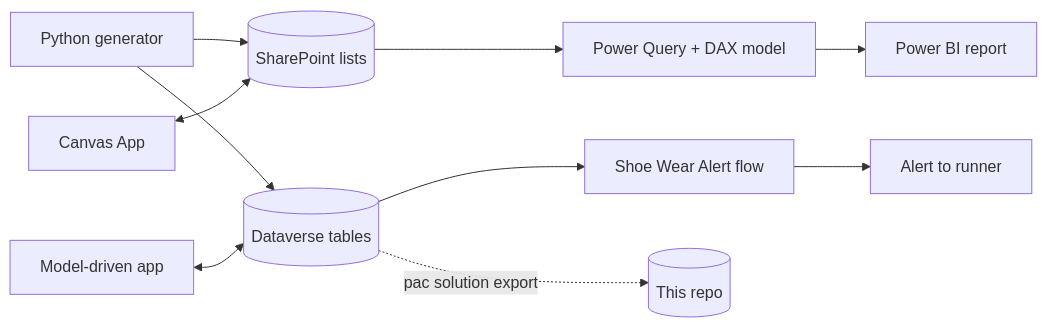
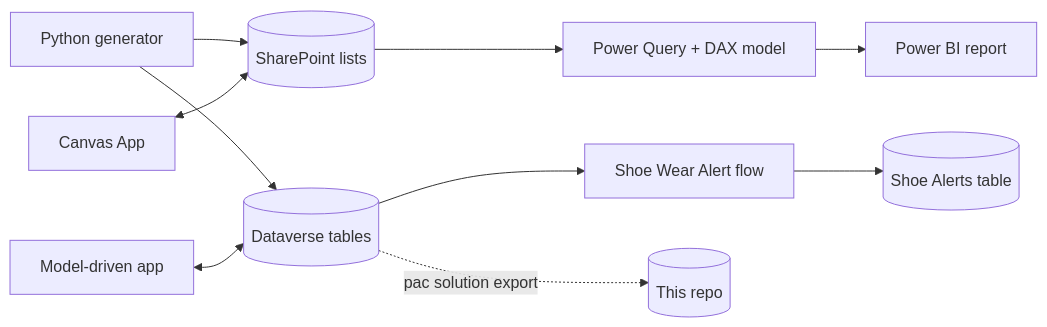
Before and after one commit to Mishmoready/Project_2026: the diagram in marathon-tracker/README.md, drawn with Mermaid. The commit also changed other lines of this file and 24 other files, not shown here.

````diff
--- a/marathon-tracker/README.md
+++ b/marathon-tracker/README.md
@@ -19,10 +19,10 @@
 ```mermaid
 flowchart LR
     CSV[Python generator] --> SP[(SharePoint lists)]
     CSV --> DV[(Dataverse tables)]
     CA[Canvas App] <--> SP
     MDA[Model-driven app] <--> DV
-    DV --> FLOW[Shoe Wear Alert flow] --> ALERT[Alert to runner]
+    DV --> FLOW[Shoe Wear Alert flow] --> ALERT[(Shoe Alerts table)]
     SP --> PBI[Power Query + DAX model] --> RPT[Power BI report]
     DV -. pac solution export .-> GIT[(This repo)]
 ```
````
